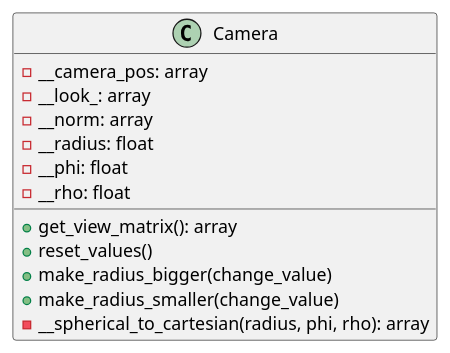
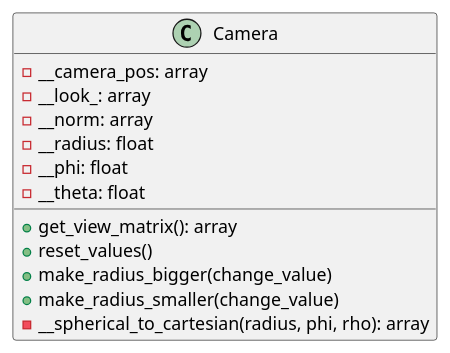
Before and after one commit to ferpoble2/Relief_Creator: the diagram in docs/classes/camera.puml, drawn with PlantUML. The commit also changed 1 other file, not shown here.

```diff
--- a/docs/classes/camera.puml
+++ b/docs/classes/camera.puml
@@ -1,18 +1,18 @@
 @startuml
 
 class Camera{
         - __camera_pos: array
         - __look_: array
         - __norm: array
         - __radius: float
         - __phi: float
-        - __rho: float
+        - __theta: float
 
         + get_view_matrix(): array
         + reset_values()
         + make_radius_bigger(change_value)
         + make_radius_smaller(change_value)
         - __spherical_to_cartesian(radius, phi, rho): array
 }
 
 @enduml
```
